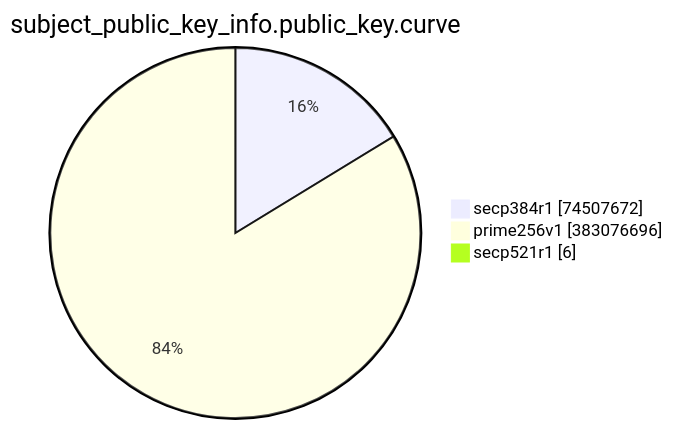
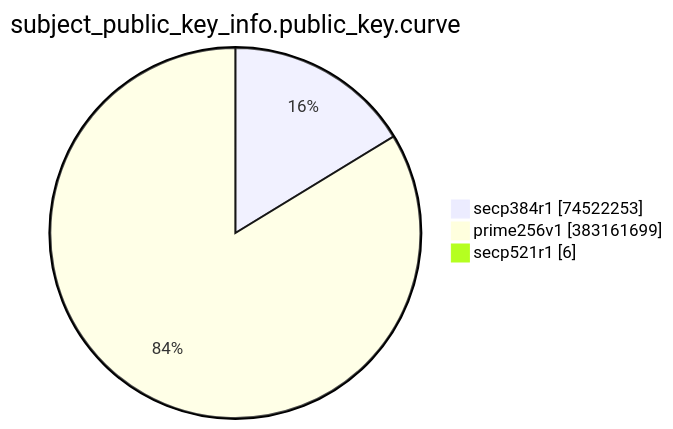
The eighth of 15 diagrams in TOTAL/README.md (christiankrug/ctmonitor_visualization), drawn with Mermaid before and after one commit. The commit also changed other lines of this file, not shown here.

````diff
--- a/TOTAL/README.md
+++ b/TOTAL/README.md
@@ -3094,7 +3094,7 @@
 ```mermaid
 pie showData
 title subject_public_key_info.public_key.curve
-"secp384r1" :74507672
-"prime256v1" :383076696
+"secp384r1" :74522253
+"prime256v1" :383161699
 "secp521r1" :6
 ```
````
